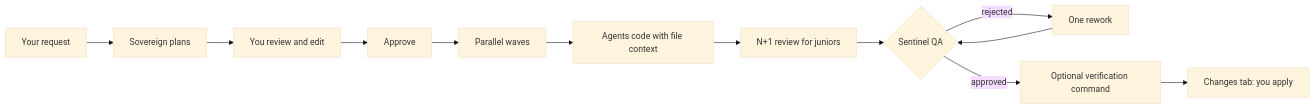
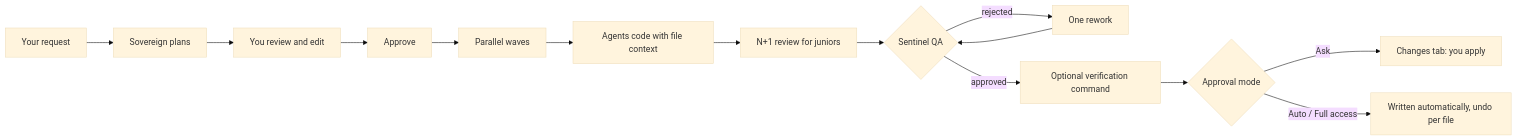
One commit to orcalinux/agent-hq changed the diagram in README.md. Above: the diagram before and after it, drawn with Mermaid (base theme). The commit also changed other lines of this file and 27 other files, not shown here.

````diff
--- a/README.md
+++ b/README.md
@@ -65,13 +76,15 @@
 ```mermaid
 flowchart LR
   A[Your request] --> B[Sovereign plans]
   B --> C[You review and edit]
   C --> D[Approve]
   D --> E[Parallel waves]
   E --> F[Agents code with file context]
   F --> G[N+1 review for juniors]
   G --> H{Sentinel QA}
   H -- rejected --> I[One rework] --> H
   H -- approved --> J[Optional verification command]
-  J --> K[Changes tab: you apply]
+  J --> K{Approval mode}
+  K -- Ask --> L[Changes tab: you apply]
+  K -- Auto / Full access --> M[Written automatically, undo per file]
 ```
````
